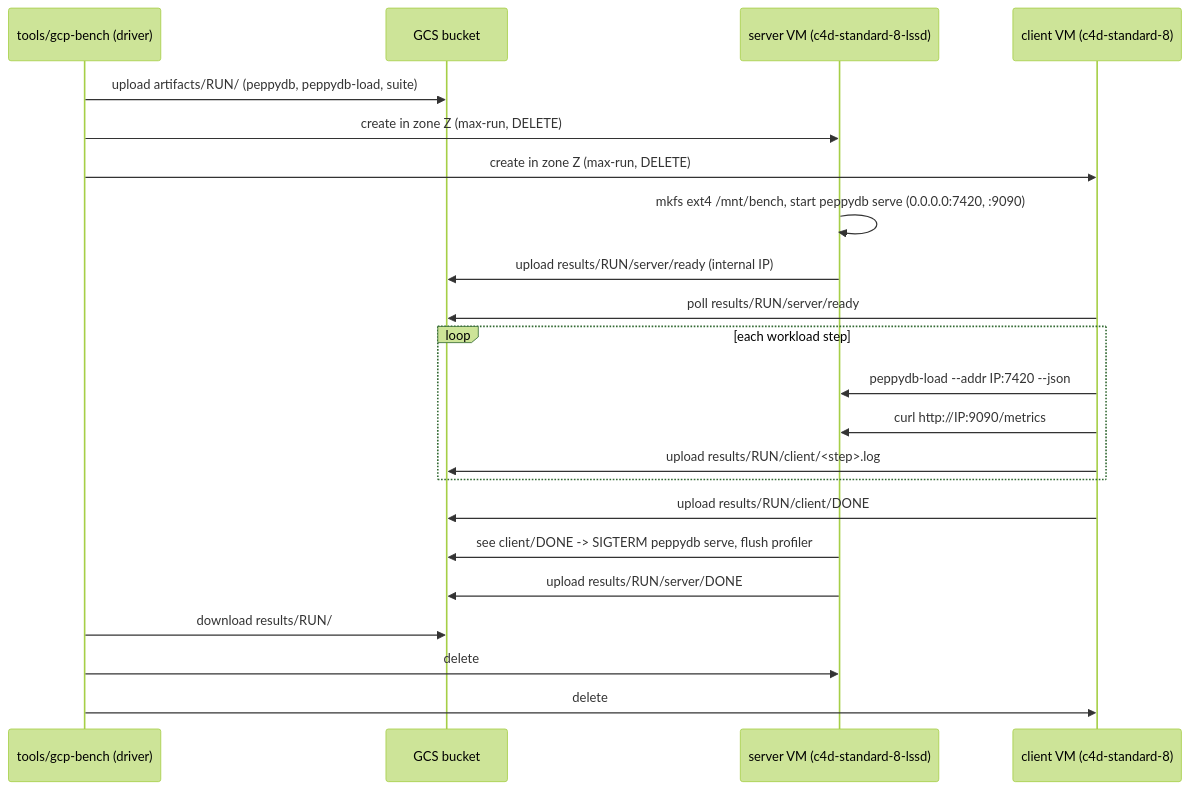
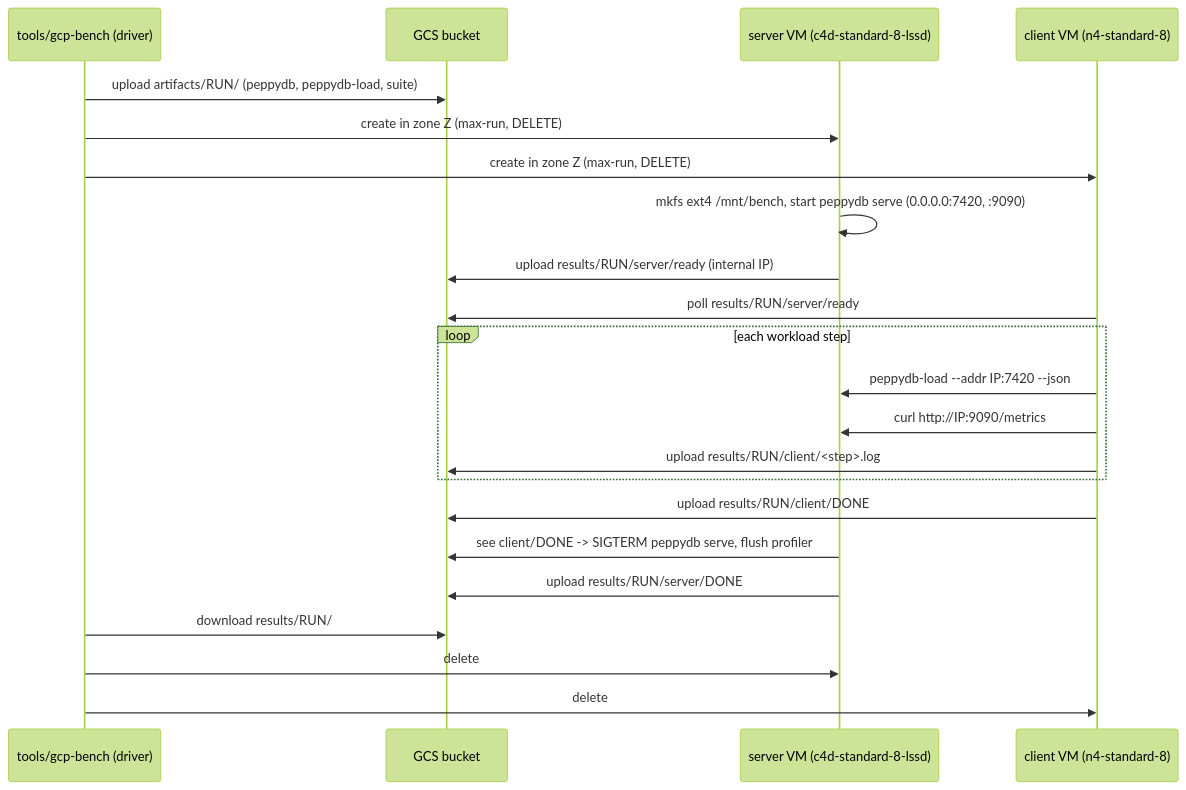
Before and after one commit to raydatray/peppydb: the second of 2 diagrams in docs/plans/0031-server-operability.md, drawn with Mermaid (forest theme). The commit also changed other lines of this file and 3 other files, not shown here.

````diff
--- a/docs/plans/0031-server-operability.md
+++ b/docs/plans/0031-server-operability.md
@@ -202,25 +202,25 @@
 ```mermaid
 sequenceDiagram
     participant D as tools/gcp-bench (driver)
     participant G as GCS bucket
     participant S as server VM (c4d-standard-8-lssd)
-    participant C as client VM (c4d-standard-8)
+    participant C as client VM (n4-standard-8)
 
     D->>G: upload artifacts/RUN/ (peppydb, peppydb-load, suite)
     D->>S: create in zone Z (max-run, DELETE)
     D->>C: create in zone Z (max-run, DELETE)
     S->>S: mkfs ext4 /mnt/bench, start peppydb serve (0.0.0.0:7420, :9090)
     S->>G: upload results/RUN/server/ready (internal IP)
     C->>G: poll results/RUN/server/ready
     loop each workload step
         C->>S: peppydb-load --addr IP:7420 --json
         C->>S: curl http://IP:9090/metrics
         C->>G: upload results/RUN/client/<step>.log
     end
     C->>G: upload results/RUN/client/DONE
     S->>G: see client/DONE -> SIGTERM peppydb serve, flush profiler
     S->>G: upload results/RUN/server/DONE
     D->>G: download results/RUN/
     D->>S: delete
     D->>C: delete
 ```
````
